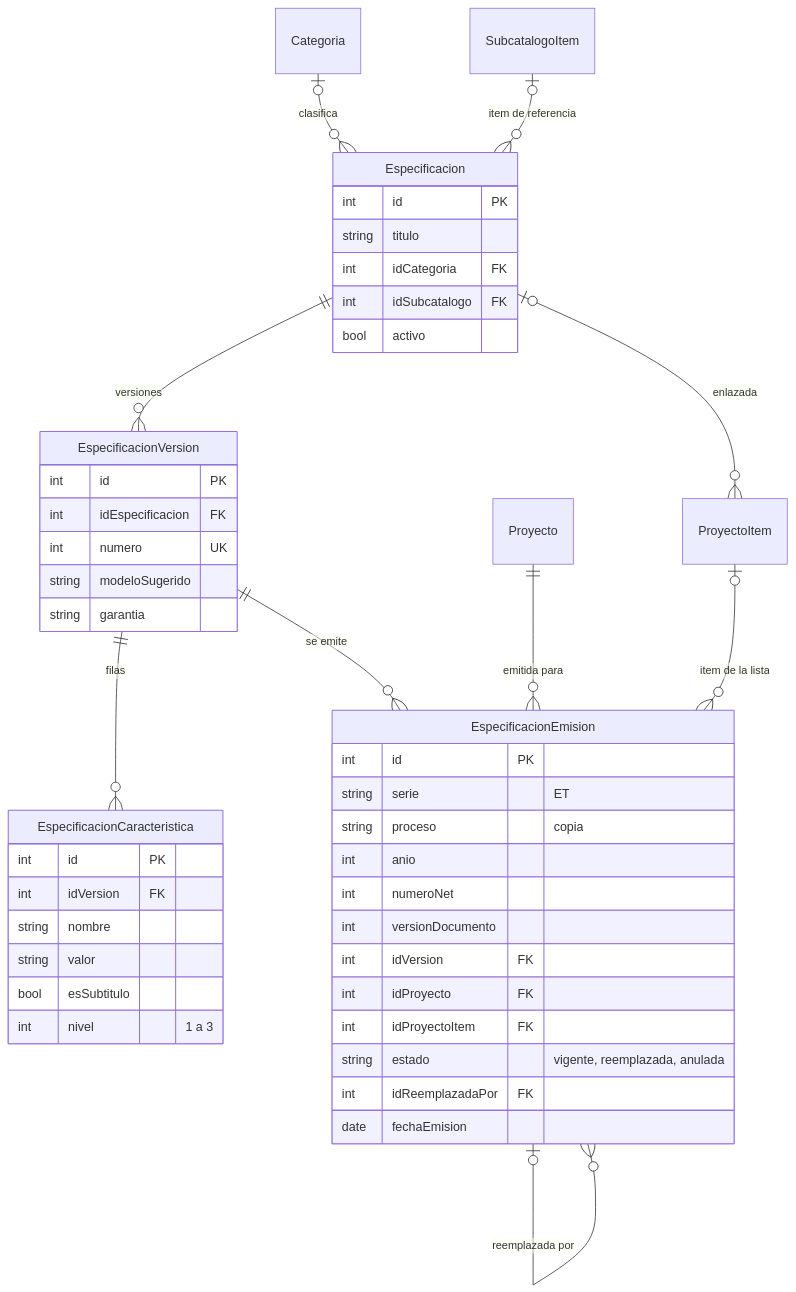
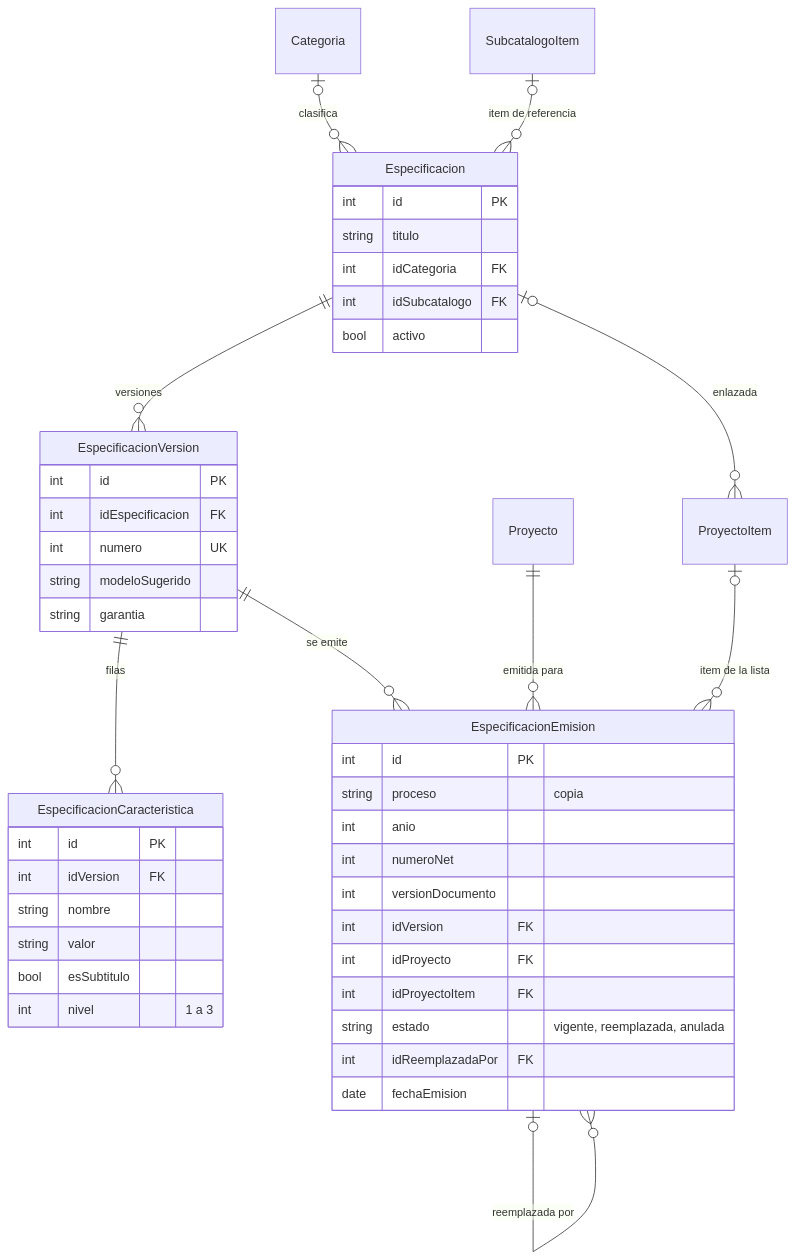
One commit to wilDC123/presupuestosRedes changed the third of 5 diagrams in docs/modelo-logico-datos.md. Above: the diagram before and after it, drawn with Mermaid. The commit also changed other lines of this file and 26 other files, not shown here.

````diff
--- a/docs/modelo-logico-datos.md
+++ b/docs/modelo-logico-datos.md
@@ -188,49 +187,48 @@
 ```mermaid
 erDiagram
     Categoria |o--o{ Especificacion : "clasifica"
     SubcatalogoItem |o--o{ Especificacion : "item de referencia"
     Especificacion ||--o{ EspecificacionVersion : "versiones"
     EspecificacionVersion ||--o{ EspecificacionCaracteristica : "filas"
     EspecificacionVersion ||--o{ EspecificacionEmision : "se emite"
     Proyecto ||--o{ EspecificacionEmision : "emitida para"
     ProyectoItem |o--o{ EspecificacionEmision : "item de la lista"
     EspecificacionEmision |o--o{ EspecificacionEmision : "reemplazada por"
     Especificacion |o--o{ ProyectoItem : "enlazada"
 
     Especificacion {
         int id PK
         string titulo
         int idCategoria FK
         int idSubcatalogo FK
         bool activo
     }
     EspecificacionVersion {
         int id PK
         int idEspecificacion FK
         int numero UK
         string modeloSugerido
         string garantia
     }
     EspecificacionCaracteristica {
         int id PK
         int idVersion FK
         string nombre
         string valor
         bool esSubtitulo
         int nivel "1 a 3"
     }
     EspecificacionEmision {
         int id PK
-        string serie "ET"
         string proceso "copia"
         int anio
         int numeroNet
         int versionDocumento
         int idVersion FK
         int idProyecto FK
         int idProyectoItem FK
         string estado "vigente, reemplazada, anulada"
         int idReemplazadaPor FK
         date fechaEmision
     }
 ```
````
